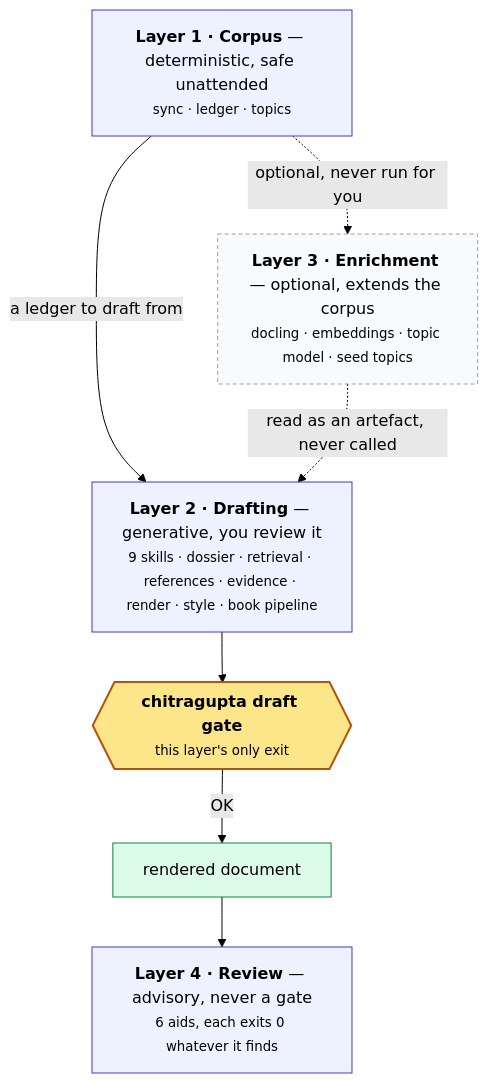
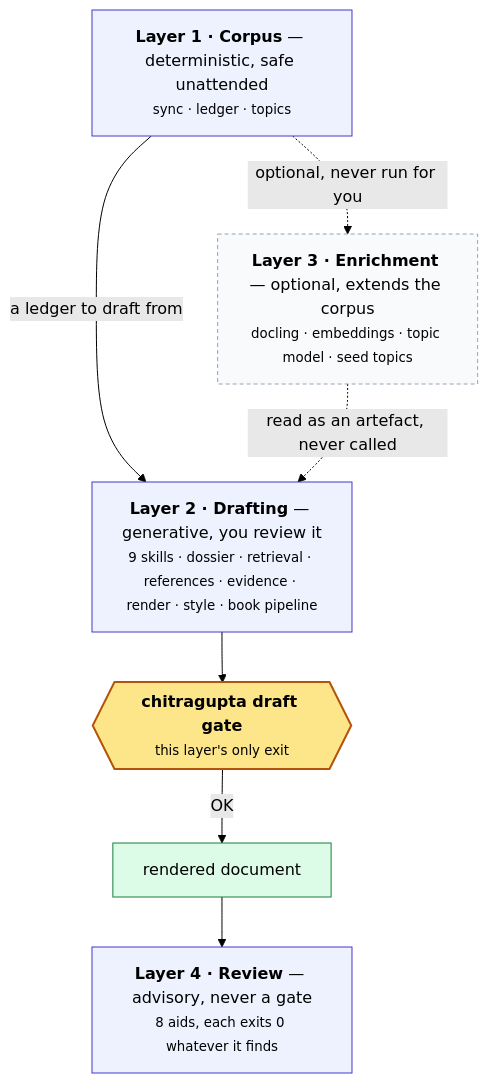
Before and after one commit to prasadtalasila/chitragupta: the second of 3 diagrams in docs/FEATURES.md, drawn with Mermaid (forest theme). The commit also changed other lines of this file and 32 other files, not shown here.

Commit message:
Merge the six review aids' reports, style_check's prose findings and the dossier's drift report into one ranked worklist: the agenda aid (#381)

````diff
--- a/docs/FEATURES.md
+++ b/docs/FEATURES.md
@@ -93,21 +93,21 @@
 ```mermaid
 flowchart TB
   L1["<b>Layer 1 · Corpus</b> — deterministic, safe unattended<br/><small>sync · ledger · topics</small>"]:::f
   L3["<b>Layer 3 · Enrichment</b> — optional, extends the corpus<br/><small>docling · embeddings · topic model · seed topics</small>"]:::o
   L2["<b>Layer 2 · Drafting</b> — generative, you review it<br/><small>9 skills · dossier · retrieval · references · evidence · render · style · book pipeline</small>"]:::f
   GATE{{"<b>chitragupta draft gate</b><br/><small>this layer's only exit</small>"}}:::g
   OUT["rendered document"]:::out
-  L4["<b>Layer 4 · Review</b> — advisory, never a gate<br/><small>6 aids, each exits 0 whatever it finds</small>"]:::f
+  L4["<b>Layer 4 · Review</b> — advisory, never a gate<br/><small>8 aids, each exits 0 whatever it finds</small>"]:::f
 
   L1 -->|"a ledger to draft from"| L2
   L1 -.->|"optional, never run for you"| L3
   L3 -.->|"read as an artefact, never called"| L2
   L2 --> GATE
   GATE -->|"OK"| OUT
   OUT --> L4
 
   classDef f fill:#eef2ff,stroke:#4338ca
   classDef o fill:#f8fafc,stroke:#94a3b8,stroke-dasharray:4 3
   classDef g fill:#fde68a,stroke:#b45309,stroke-width:2px
   classDef out fill:#dcfce7,stroke:#15803d
 ```
````
